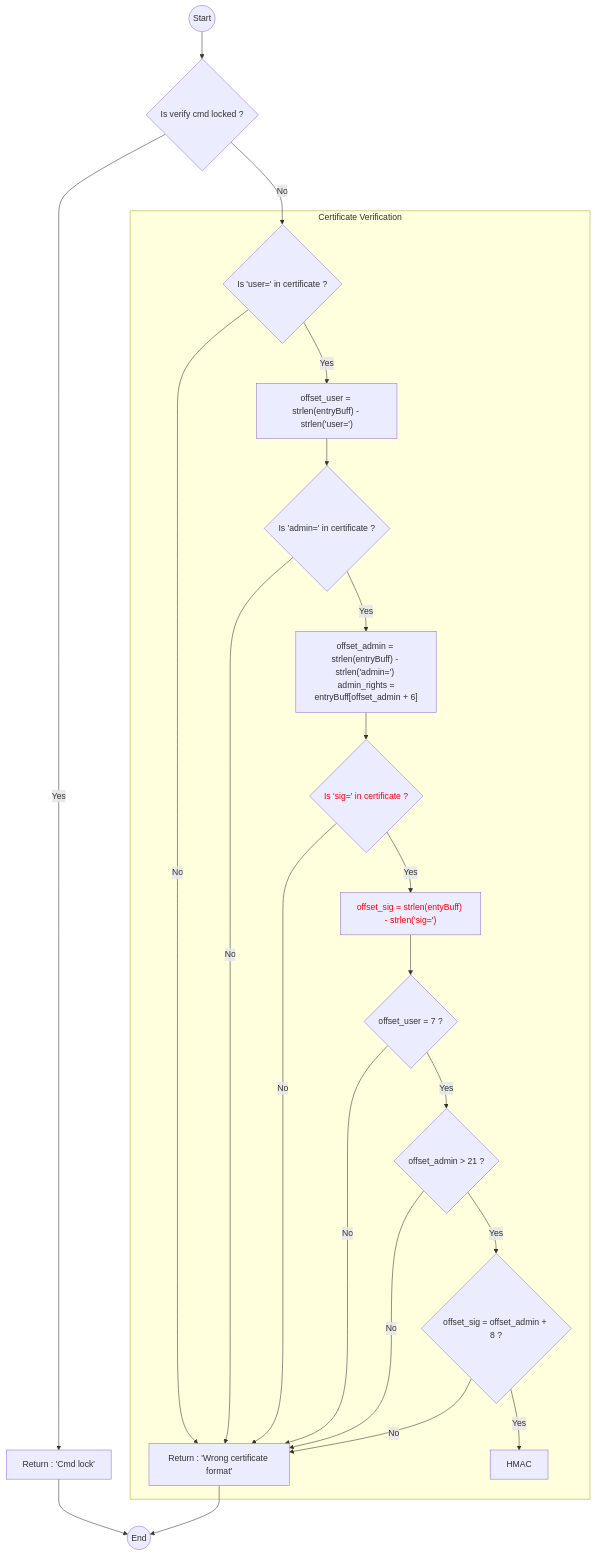
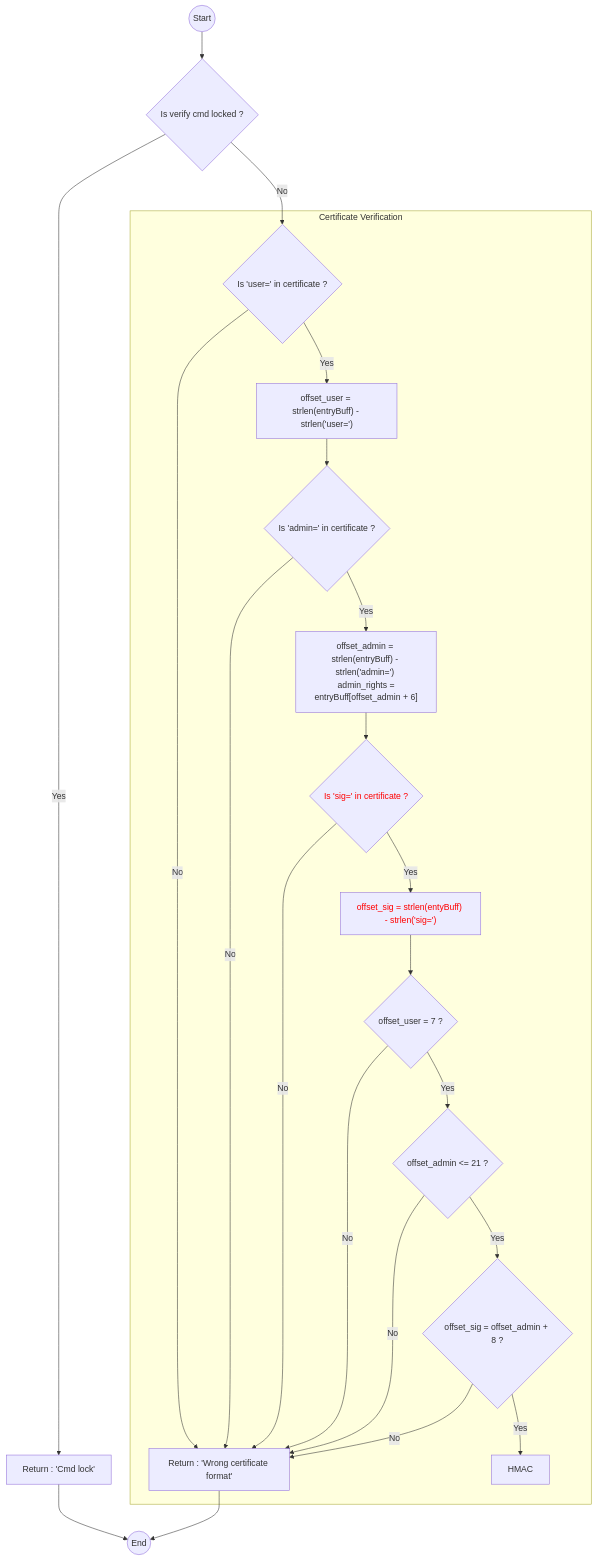
One commit to younrx/CTF_Irek1 changed the diagram in README.md. Above: the diagram before and after it, drawn with Mermaid. The commit also changed other lines of this file, not shown here.

````diff
--- a/README.md
+++ b/README.md
@@ -181,55 +181,55 @@
 ```mermaid
 flowchart TD
   Start((Start))
   %% ----- MAIN CHECK -----
   %% Boxes
   VerifyCmdCheck{"Is verify cmd locked ?"}
   PrintCmdIsLocked["Return : 'Cmd lock'"]
   %% Links
   Start --> VerifyCmdCheck
   VerifyCmdCheck -->|Yes| PrintCmdIsLocked
   VerifyCmdCheck -->|No| CheckSubstrUsr
 
   %% ----- CERTIFICATE VERIFICATION -----
   subgraph Certificate Verification
   %% -- Substring identification --
   %% Boxes
   CheckSubstrUsr{"Is 'user=' in certificate ?"}
   SaveOfstUsr["offset_user = strlen(entryBuff) - strlen('user=')"]
   CheckSubstrAdm{"Is 'admin=' in certificate ?"}
   SaveOfstAdm["offset_admin = strlen(entryBuff) - strlen('admin=') \n admin_rights = entryBuff[offset_admin + 6]"]
   CheckSubstrSig{"Is 'sig=' in certificate ?"}
   SaveOfstSig["offset_sig = strlen(entyBuff) - strlen('sig=')"]
   PrintWrCertFormat["Return : 'Wrong certificate format'"]
   %% Links
   CheckSubstrUsr -->|No| PrintWrCertFormat
   CheckSubstrUsr -->|Yes| SaveOfstUsr --> CheckSubstrAdm
   CheckSubstrAdm -->|No| PrintWrCertFormat
   CheckSubstrAdm -->|Yes| SaveOfstAdm --> CheckSubstrSig
   CheckSubstrSig -->|No| PrintWrCertFormat
   CheckSubstrSig -->|Yes| SaveOfstSig --> CheckOfstUsr
   %% -- Check offset values --
   %% Boxes
   CheckOfstUsr{"offset_user = 7 ?"}
-  CheckOfstAdm{"offset_admin > 21 ?"}
+  CheckOfstAdm{"offset_admin <= 21 ?"}
   CheckOfstSig{"offset_sig = offset_admin + 8 ?"}
   %% Links
   CheckOfstUsr -->|No| PrintWrCertFormat
   CheckOfstUsr -->|Yes| CheckOfstAdm
   CheckOfstAdm -->|No| PrintWrCertFormat
   CheckOfstAdm -->|Yes| CheckOfstSig -->|Yes| HMAC
   CheckOfstSig -->|No| PrintWrCertFormat
   %% -- HMAC --
   %% Boxes
   HMAC["HMAC"]
   %% Links
   end
 
   End((End))
   PrintCmdIsLocked --> End
   PrintWrCertFormat --> End
 
   %% Styles
   style CheckSubstrSig color:#ff0000
   style SaveOfstSig color:#ff0000
 ```
````
